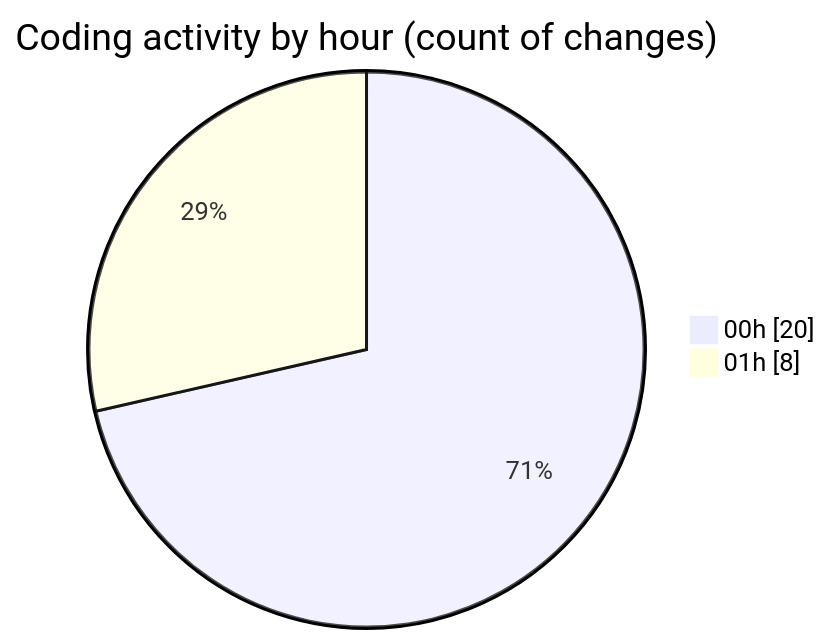
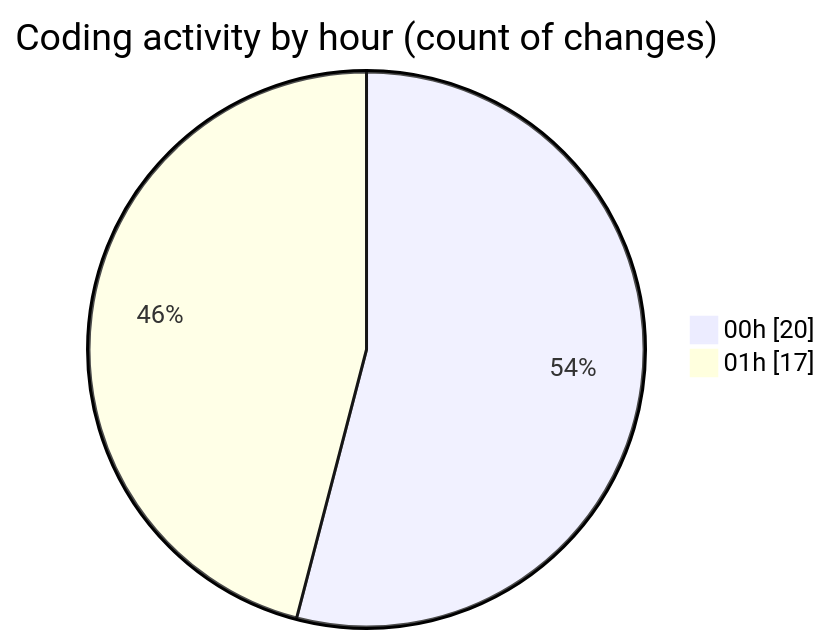
One commit to julien-gomy/code-tracking changed the second of 2 diagrams in 2025-10-16/eventscop-frontend-guide__workspace_/README.md. Above: the diagram before and after it, drawn with Mermaid. The commit also changed other lines of this file and 1 other file, not shown here.

````diff
--- a/2025-10-16/eventscop-frontend-guide__workspace_/README.md
+++ b/2025-10-16/eventscop-frontend-guide__workspace_/README.md
@@ -35,6 +36,6 @@
 ```mermaid
 pie showData
 title Coding activity by hour (count of changes)
 "00h" : 20
-"01h" : 8
+"01h" : 17
 ```
````
